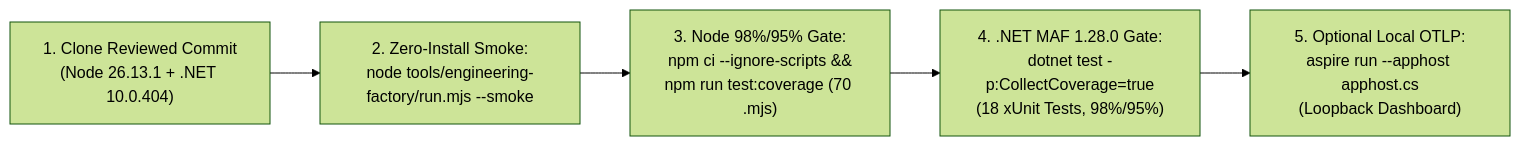
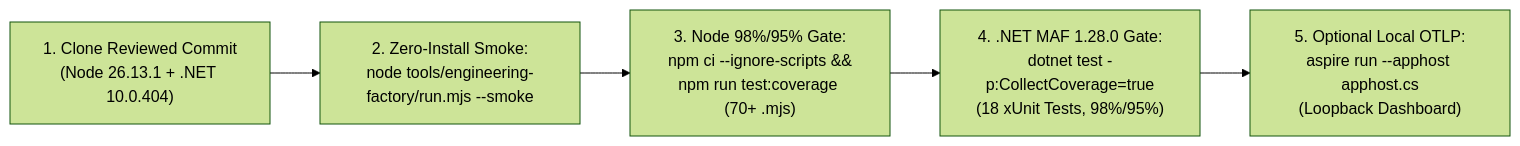
Before and after one commit to Jamula/SoftwareFactory: the diagram in docs/QUICKSTART.md, drawn with Mermaid (forest theme). The commit also changed other lines of this file and 11 other files, not shown here.

````diff
--- a/docs/QUICKSTART.md
+++ b/docs/QUICKSTART.md
@@ -5,7 +5,7 @@
 ```mermaid
 flowchart LR
   CLONE["1. Clone Reviewed Commit<br/>(Node 26.13.1 + .NET 10.0.404)"] --> SMOKE["2. Zero-Install Smoke:<br/>node tools/engineering-factory/run.mjs --smoke"]
-  SMOKE --> NODE_COV["3. Node 98%/95% Gate:<br/>npm ci --ignore-scripts &&<br/>npm run test:coverage (70 .mjs)"]
+  SMOKE --> NODE_COV["3. Node 98%/95% Gate:<br/>npm ci --ignore-scripts &&<br/>npm run test:coverage (70+ .mjs)"]
   NODE_COV --> NET_COV["4. .NET MAF 1.28.0 Gate:<br/>dotnet test -p:CollectCoverage=true<br/>(18 xUnit Tests, 98%/95%)"]
   NET_COV --> ASPIRE_OPT["5. Optional Local OTLP:<br/>aspire run --apphost apphost.cs<br/>(Loopback Dashboard)"]
 ```
````
